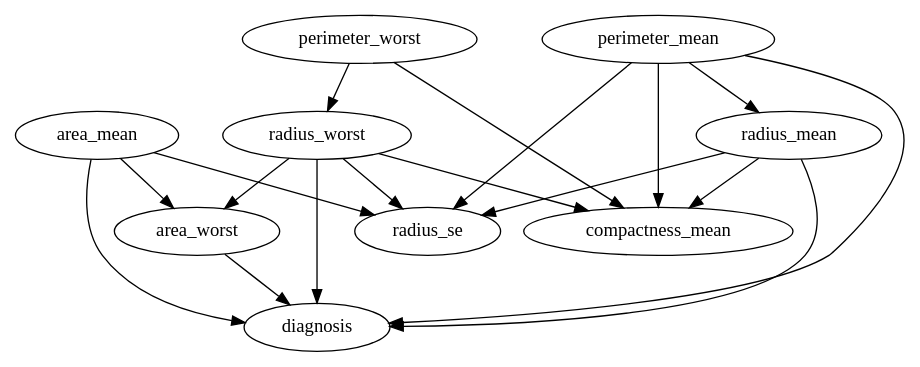
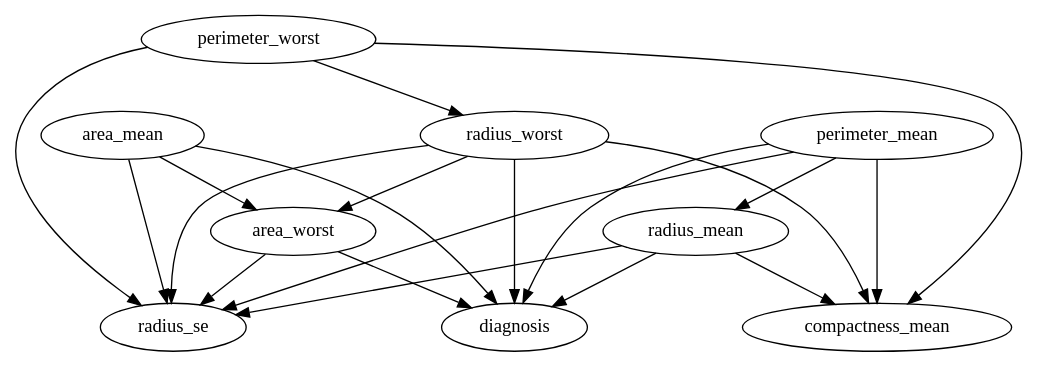
One commit to Hen0k/causal-inference changed the diagram in models/baseline_norm_with_subset.dot. Above: the diagram before and after it, drawn with Graphviz. The commit also changed 19 other files, not shown here.

```diff
--- a/models/baseline_norm_with_subset.dot
+++ b/models/baseline_norm_with_subset.dot
@@ -1,28 +1,30 @@
 strict digraph  {
 diagnosis;
 perimeter_mean;
 radius_mean;
 area_mean;
 compactness_mean;
 radius_worst;
 area_worst;
 perimeter_worst;
 radius_se;
-perimeter_mean -> diagnosis  [origin=learned, weight="2.1073367331425277"];
-perimeter_mean -> radius_mean  [origin=learned, weight="0.9087487793586406"];
-perimeter_mean -> compactness_mean  [origin=learned, weight="12.914385133350608"];
-perimeter_mean -> radius_se  [origin=learned, weight="2.1601143936560057"];
-radius_mean -> diagnosis  [origin=learned, weight="-3.872454094639775"];
-radius_mean -> compactness_mean  [origin=learned, weight="-12.461720064081787"];
-radius_mean -> radius_se  [origin=learned, weight="-4.479927766836771"];
-area_mean -> diagnosis  [origin=learned, weight="1.2033561557974006"];
-area_mean -> area_worst  [origin=learned, weight="0.9389689422843838"];
-area_mean -> radius_se  [origin=learned, weight="1.9413951030327796"];
-radius_worst -> diagnosis  [origin=learned, weight="3.725211716800189"];
-radius_worst -> compactness_mean  [origin=learned, weight="1.7977134500768177"];
-radius_worst -> area_worst  [origin=learned, weight="0.9739360778263372"];
-radius_worst -> radius_se  [origin=learned, weight="1.9051031180305358"];
-area_worst -> diagnosis  [origin=learned, weight="-2.070502171878659"];
-perimeter_worst -> compactness_mean  [origin=learned, weight="-0.9441974844046989"];
-perimeter_worst -> radius_worst  [origin=learned, weight="0.9939542639308974"];
+perimeter_mean -> diagnosis  [origin=learned, weight="2.24979800244088"];
+perimeter_mean -> radius_mean  [origin=learned, weight="0.8537547731861225"];
+perimeter_mean -> compactness_mean  [origin=learned, weight="13.487642413731637"];
+perimeter_mean -> radius_se  [origin=learned, weight="5.165070543804454"];
+radius_mean -> diagnosis  [origin=learned, weight="-4.712419474587908"];
+radius_mean -> compactness_mean  [origin=learned, weight="-12.974157121796404"];
+radius_mean -> radius_se  [origin=learned, weight="-8.501733605038382"];
+area_mean -> diagnosis  [origin=learned, weight="1.7832730454511747"];
+area_mean -> area_worst  [origin=learned, weight="0.9330299703964372"];
+area_mean -> radius_se  [origin=learned, weight="3.4341688360490314"];
+radius_worst -> diagnosis  [origin=learned, weight="4.607562544634441"];
+radius_worst -> compactness_mean  [origin=learned, weight="1.9069806290891786"];
+radius_worst -> area_worst  [origin=learned, weight="0.9338965047591001"];
+radius_worst -> radius_se  [origin=learned, weight="3.059424947964569"];
+area_worst -> diagnosis  [origin=learned, weight="-2.6573925061206167"];
+area_worst -> radius_se  [origin=learned, weight="-1.1887120503835378"];
+perimeter_worst -> compactness_mean  [origin=learned, weight="-1.0537107326537942"];
+perimeter_worst -> radius_worst  [origin=learned, weight="0.9873474462179546"];
+perimeter_worst -> radius_se  [origin=learned, weight="-1.1729034199466448"];
 }
```
